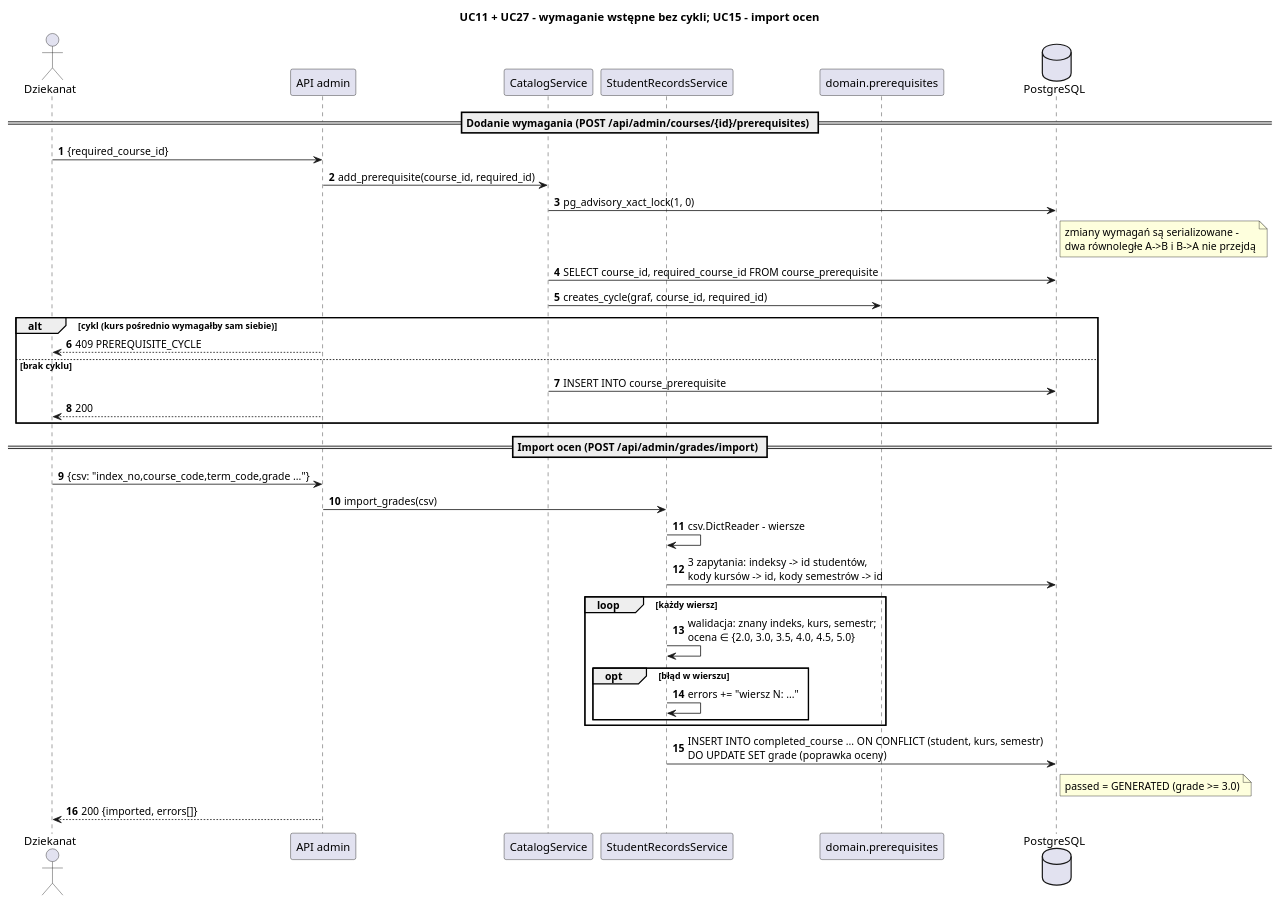
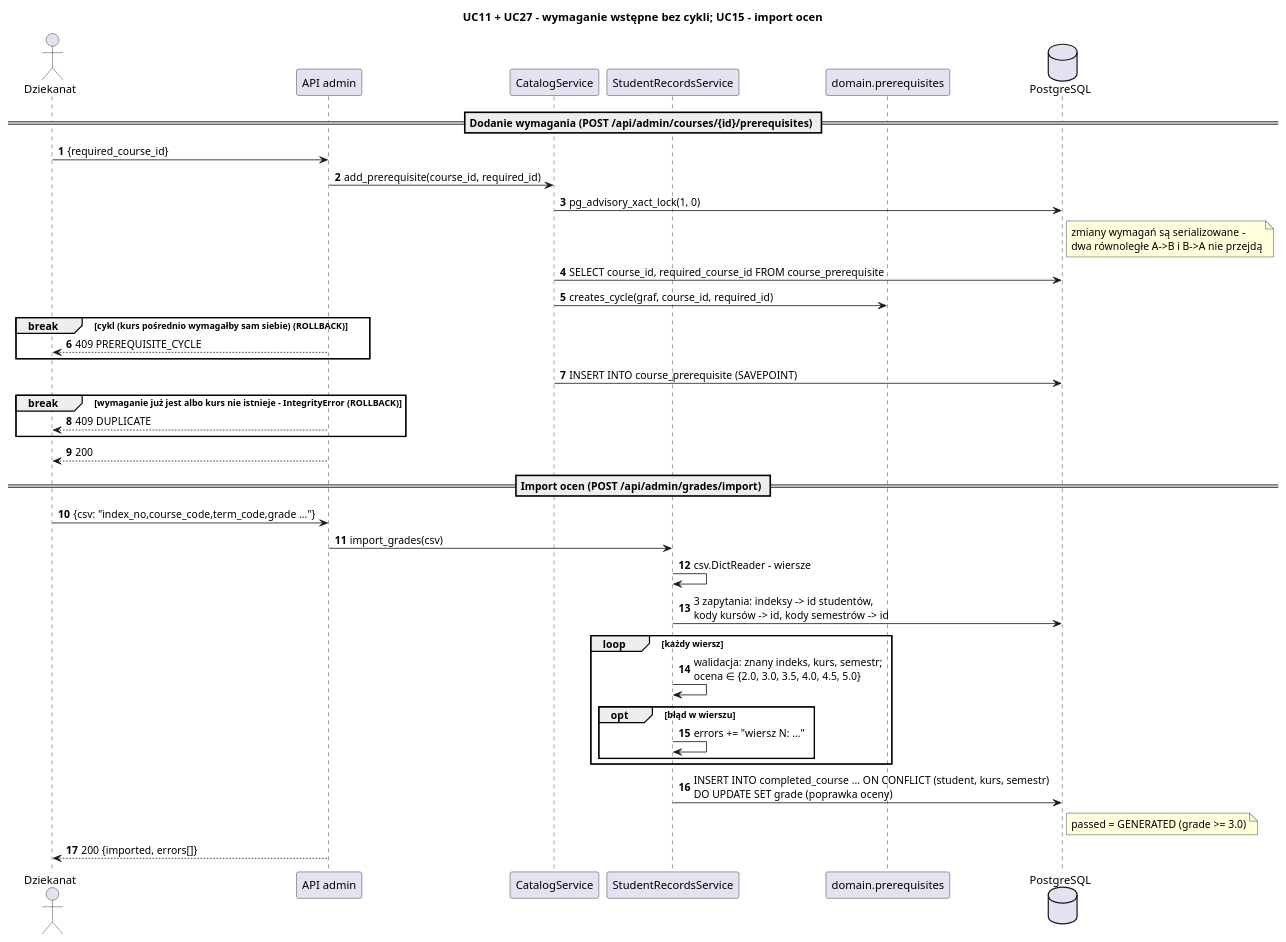
Before and after one commit to Husaria55/USOSv2: the diagram in etap3/diagramy/sekwencja_wymagania_import.puml, drawn with PlantUML. The commit also changed 14 other files, not shown here.

First line of the commit message:
Etap 3: spójność diagramów z kodem i README (recenzja main)

```diff
--- a/etap3/diagramy/sekwencja_wymagania_import.puml
+++ b/etap3/diagramy/sekwencja_wymagania_import.puml
@@ -1,42 +1,44 @@
 @startuml sekwencja_wymagania_import
 title UC11 + UC27 – wymaganie wstępne bez cykli;  UC15 – import ocen
 skinparam shadowing false
 skinparam sequenceMessageAlign left
 autonumber
 
 actor Dziekanat
 participant "API admin" as api
 participant "CatalogService" as cat
 participant "StudentRecordsService" as rec
 participant "domain.prerequisites" as dom
 database "PostgreSQL" as db
 
 == Dodanie wymagania (POST /api/admin/courses/{id}/prerequisites) ==
 Dziekanat -> api : {required_course_id}
 api -> cat : add_prerequisite(course_id, required_id)
 cat -> db : pg_advisory_xact_lock(1, 0)
 note right of db : zmiany wymagań są serializowane –\ndwa równoległe A->B i B->A nie przejdą
 cat -> db : SELECT course_id, required_course_id FROM course_prerequisite
 cat -> dom : creates_cycle(graf, course_id, required_id)
-alt cykl (kurs pośrednio wymagałby sam siebie)
+break cykl (kurs pośrednio wymagałby sam siebie) (ROLLBACK)
   api --> Dziekanat : 409 PREREQUISITE_CYCLE
-else brak cyklu
-  cat -> db : INSERT INTO course_prerequisite
-  api --> Dziekanat : 200
 end
+cat -> db : INSERT INTO course_prerequisite (SAVEPOINT)
+break wymaganie już jest albo kurs nie istnieje – IntegrityError (ROLLBACK)
+  api --> Dziekanat : 409 DUPLICATE
+end
+api --> Dziekanat : 200
 
 == Import ocen (POST /api/admin/grades/import) ==
 Dziekanat -> api : {csv: "index_no,course_code,term_code,grade ..."}
 api -> rec : import_grades(csv)
 rec -> rec : csv.DictReader – wiersze
 rec -> db : 3 zapytania: indeksy -> id studentów,\nkody kursów -> id, kody semestrów -> id
 loop każdy wiersz
   rec -> rec : walidacja: znany indeks, kurs, semestr;\nocena ∈ {2.0, 3.0, 3.5, 4.0, 4.5, 5.0}
   opt błąd w wierszu
     rec -> rec : errors += "wiersz N: ..."
   end
 end
 rec -> db : INSERT INTO completed_course ... ON CONFLICT (student, kurs, semestr)\nDO UPDATE SET grade (poprawka oceny)
 note right of db : passed = GENERATED (grade >= 3.0)
 api --> Dziekanat : 200 {imported, errors[]}
 @enduml
```
